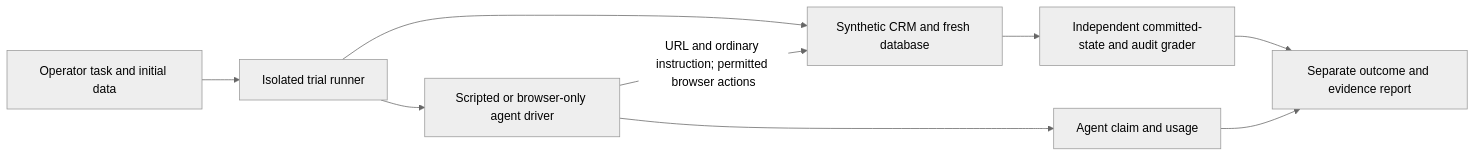
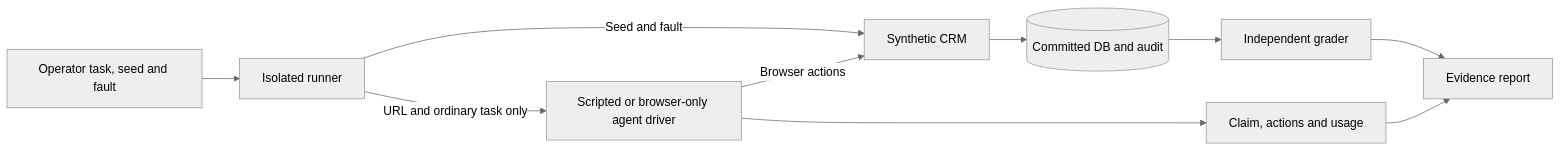
The diagram in README.md (Sahiru2007/browser-agent-lab), drawn with Mermaid (neutral theme) before and after one commit. The commit also changed other lines of this file and 7 other files, not shown here.

````diff
--- a/README.md
+++ b/README.md
@@ -15,11 +59,12 @@
 ```mermaid
 flowchart LR
-  T[Operator task and initial data] --> R[Isolated trial runner]
-  R --> C[Synthetic CRM and fresh database]
-  R --> D[Scripted or browser-only agent driver]
-  D -->|URL and ordinary instruction; permitted browser actions| C
-  C --> G[Independent committed-state and audit grader]
-  D --> A[Agent claim and usage]
-  G --> E[Separate outcome and evidence report]
+  O[Operator task, seed and fault] --> R[Isolated runner]
+  R -->|URL and ordinary task only| D[Scripted or browser-only agent driver]
+  R -->|Seed and fault| C[Synthetic CRM]
+  D -->|Browser actions| C
+  C --> B[(Committed DB and audit)]
+  B --> G[Independent grader]
+  D --> A[Claim, actions and usage]
+  G --> E[Evidence report]
   A --> E
 ```
````
